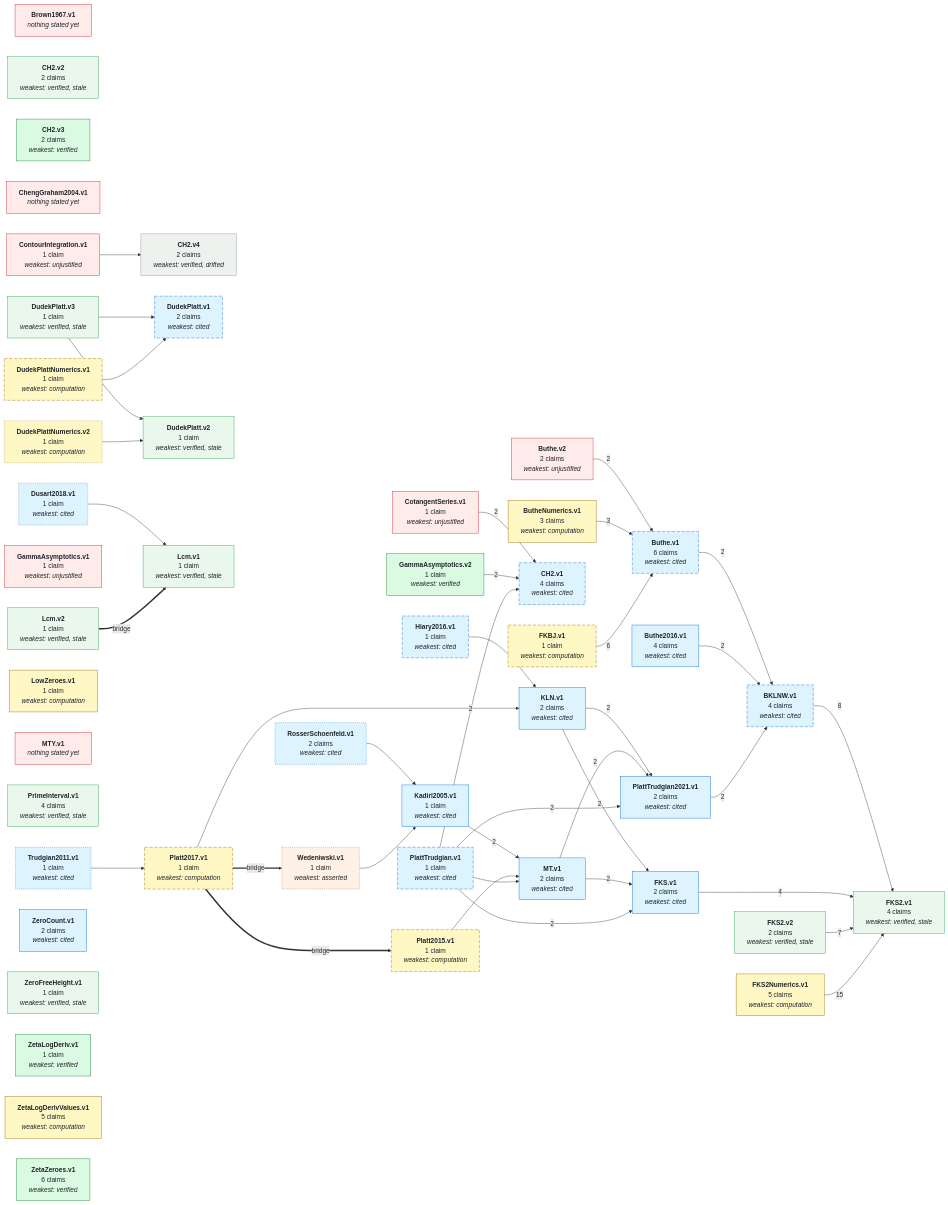
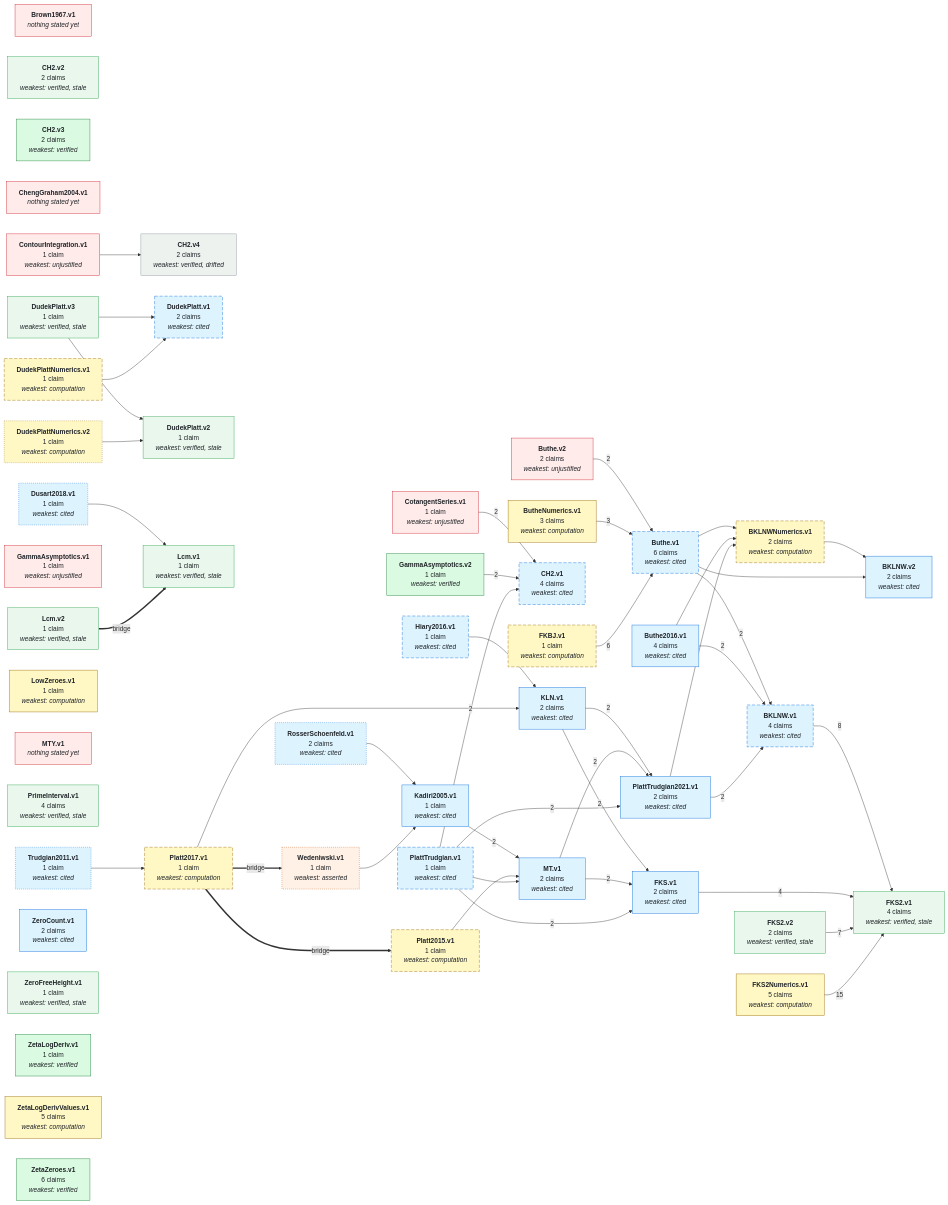
Before and after one commit to Chessing234/IEANTN: the first of 2 diagrams in GRAPH.md, drawn with Mermaid. The commit also changed other lines of this file and 7 other files, not shown here.

````diff
--- a/GRAPH.md
+++ b/GRAPH.md
@@ -53,6 +53,8 @@
 ```mermaid
 graph LR
   NBKLNW_v1["<b>BKLNW.v1</b><br/>4 claims<br/><i>weakest: cited</i>"]
+  NBKLNW_v2["<b>BKLNW.v2</b><br/>2 claims<br/><i>weakest: cited</i>"]
+  NBKLNWNumerics_v1["<b>BKLNWNumerics.v1</b><br/>2 claims<br/><i>weakest: computation</i>"]
   NBrown1967_v1["<b>Brown1967.v1</b><br/><i>nothing stated yet</i>"]
   NButhe_v1["<b>Buthe.v1</b><br/>6 claims<br/><i>weakest: cited</i>"]
   NButhe_v2["<b>Buthe.v2</b><br/>2 claims<br/><i>weakest: unjustified</i>"]
@@ -100,9 +102,13 @@
   NZetaLogDerivValues_v1["<b>ZetaLogDerivValues.v1</b><br/>5 claims<br/><i>weakest: computation</i>"]
   NZetaZeroes_v1["<b>ZetaZeroes.v1</b><br/>6 claims<br/><i>weakest: verified</i>"]
   NBKLNW_v1 -->|8| NFKS2_v1
+  NBKLNWNumerics_v1 --> NBKLNW_v2
   NButhe_v1 -->|2| NBKLNW_v1
+  NButhe_v1 --> NBKLNW_v2
+  NButhe_v1 --> NBKLNWNumerics_v1
   NButhe_v2 -->|2| NButhe_v1
   NButhe2016_v1 -->|2| NBKLNW_v1
+  NButhe2016_v1 --> NBKLNWNumerics_v1
   NButheNumerics_v1 -->|3| NButhe_v1
   NContourIntegration_v1 --> NCH2_v4
   NCotangentSeries_v1 -->|2| NCH2_v1
@@ -129,6 +135,7 @@
   NPlattTrudgian_v1 --> NMT_v1
   NPlattTrudgian_v1 -->|2| NPlattTrudgian2021_v1
   NPlattTrudgian2021_v1 -->|2| NBKLNW_v1
+  NPlattTrudgian2021_v1 --> NBKLNWNumerics_v1
   NRosserSchoenfeld_v1 --> NKadiri2005_v1
   NTrudgian2011_v1 --> NPlatt2017_v1
   NWedeniwski_v1 --> NKadiri2005_v1
@@ -136,6 +143,7 @@
   NPlatt2017_v1 ==>|bridge| NPlatt2015_v1
   NPlatt2017_v1 ==>|bridge| NWedeniwski_v1
   style NBKLNW_v1 stroke-dasharray: 8 4;
+  style NBKLNWNumerics_v1 stroke-dasharray: 8 4;
   style NButhe_v1 stroke-dasharray: 8 4;
   style NCH2_v1 stroke-dasharray: 8 4;
   style NDudekPlatt_v1 stroke-dasharray: 8 4;
@@ -153,11 +161,13 @@
   class NBrown1967_v1,NButhe_v2,NChengGraham2004_v1,NContourIntegration_v1,NCotangentSeries_v1,NGammaAsymptotics_v1,NMTY_v1 none_yet;
   class NCH2_v4 lean_comparator_drifted;
   class NWedeniwski_v1 asserted;
-  class NBKLNW_v1,NButhe_v1,NButhe2016_v1,NCH2_v1,NDudekPlatt_v1,NDusart2018_v1,NFKS_v1,NHiary2016_v1,NKLN_v1,NKadiri2005_v1,NMT_v1,NPlattTrudgian_v1,NPlattTrudgian2021_v1,NRosserSchoenfeld_v1,NTrudgian2011_v1,NZeroCount_v1 literature;
-  class NButheNumerics_v1,NDudekPlattNumerics_v1,NDudekPlattNumerics_v2,NFKBJ_v1,NFKS2Numerics_v1,NLowZeroes_v1,NPlatt2015_v1,NPlatt2017_v1,NZetaLogDerivValues_v1 numerical;
+  class NBKLNW_v1,NBKLNW_v2,NButhe_v1,NButhe2016_v1,NCH2_v1,NDudekPlatt_v1,NDusart2018_v1,NFKS_v1,NHiary2016_v1,NKLN_v1,NKadiri2005_v1,NMT_v1,NPlattTrudgian_v1,NPlattTrudgian2021_v1,NRosserSchoenfeld_v1,NTrudgian2011_v1,NZeroCount_v1 literature;
+  class NBKLNWNumerics_v1,NButheNumerics_v1,NDudekPlattNumerics_v1,NDudekPlattNumerics_v2,NFKBJ_v1,NFKS2Numerics_v1,NLowZeroes_v1,NPlatt2015_v1,NPlatt2017_v1,NZetaLogDerivValues_v1 numerical;
   class NCH2_v2,NDudekPlatt_v2,NDudekPlatt_v3,NFKS2_v1,NFKS2_v2,NLcm_v1,NLcm_v2,NPrimeInterval_v1,NZeroFreeHeight_v1 lean_comparator_stale;
   class NCH2_v3,NGammaAsymptotics_v2,NZetaLogDeriv_v1,NZetaZeroes_v1 lean_comparator;
   click NBKLNW_v1 href "https://github.com/teorth/IEANTN/blob/main/docs/nodes/BKLNW-v1.md" _blank
+  click NBKLNW_v2 href "https://github.com/teorth/IEANTN/blob/main/docs/nodes/BKLNW-v2.md" _blank
+  click NBKLNWNumerics_v1 href "https://github.com/teorth/IEANTN/blob/main/docs/nodes/BKLNWNumerics-v1.md" _blank
   click NButhe_v1 href "https://github.com/teorth/IEANTN/blob/main/docs/nodes/Buthe-v1.md" _blank
   click NButhe_v2 href "https://github.com/teorth/IEANTN/blob/main/docs/nodes/Buthe-v2.md" _blank
   click NButhe2016_v1 href "https://github.com/teorth/IEANTN/blob/main/docs/nodes/Buthe2016-v1.md" _blank
````
